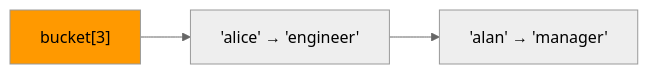
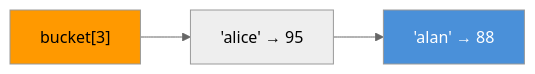
Before and after one commit to valarpirai/software-enginneering: the second of 2 diagrams in docs/05-hash-map.md, drawn with Mermaid (neutral theme). The commit also changed other lines of this file, not shown here.

````diff
--- a/docs/05-hash-map.md
+++ b/docs/05-hash-map.md
@@ -34,6 +57,7 @@
 ```mermaid
 graph LR
-    B3["bucket[3]"] --> E1["'alice' → 'engineer'"]
-    E1 --> E2["'alan' → 'manager'"]
+    B3["bucket[3]"] --> E1["'alice' → 95"]
+    E1 --> E2["'alan' → 88"]
     style B3 fill:#ff9900,color:#000
+    style E2 fill:#4a90d9,color:#fff
 ```
````
